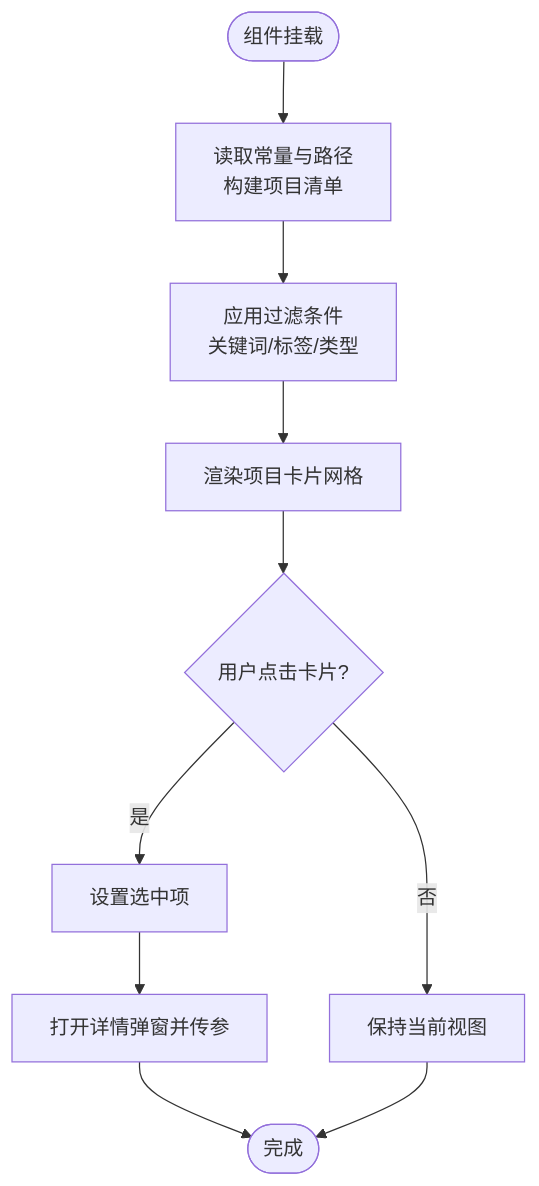
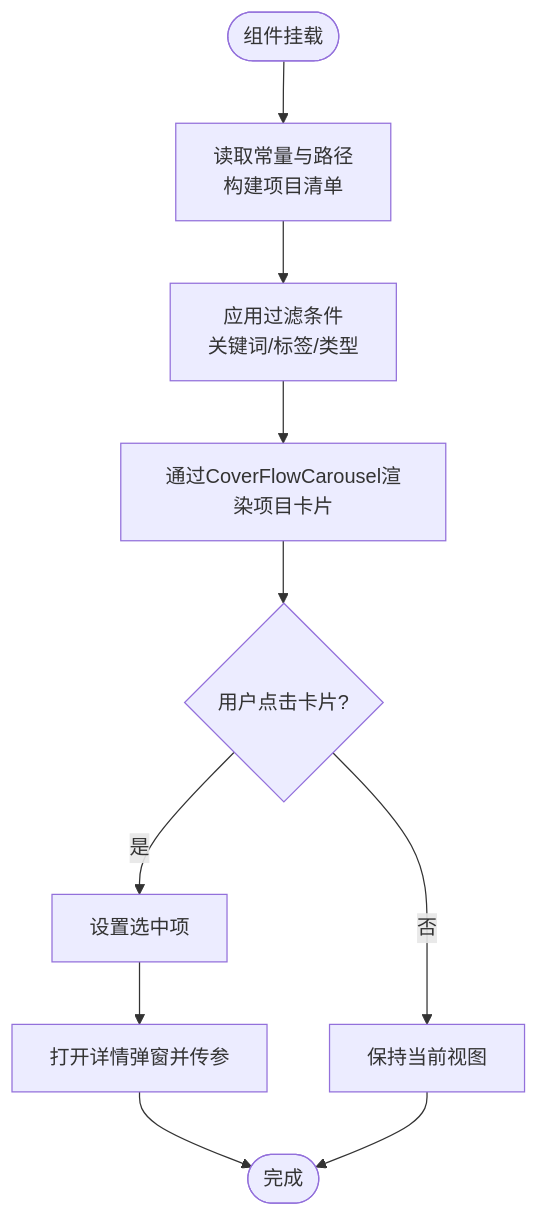
The third of 6 diagrams in .qoder/repowiki/zh/content/核心功能模块/作品展示组件/年份项目组件.md (lithos666/lithos666.github.io), drawn with Mermaid before and after one commit. The commit also changed other lines of this file and 51 other files, not shown here.

````diff
--- a/.qoder/repowiki/zh/content/核心功能模块/作品展示组件/年份项目组件.md
+++ b/.qoder/repowiki/zh/content/核心功能模块/作品展示组件/年份项目组件.md
@@ -150,12 +161,12 @@
 ```mermaid
 flowchart TD
 Start(["组件挂载"]) --> Init["读取常量与路径<br/>构建项目清单"]
 Init --> Filter["应用过滤条件<br/>关键词/标签/类型"]
-Filter --> Render["渲染项目卡片网格"]
+Filter --> Render["通过CoverFlowCarousel渲染项目卡片"]
 Render --> Click{"用户点击卡片?"}
 Click --> |是| Select["设置选中项"]
 Select --> OpenModal["打开详情弹窗并传参"]
 Click --> |否| Idle["保持当前视图"]
 OpenModal --> End(["完成"])
 Idle --> End
 ```
````
